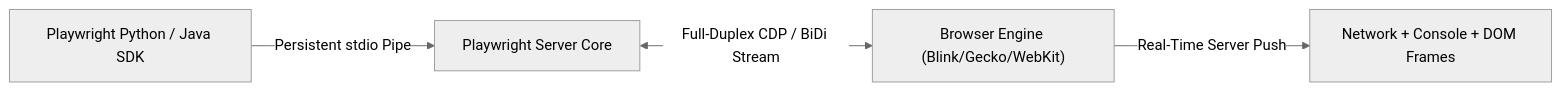
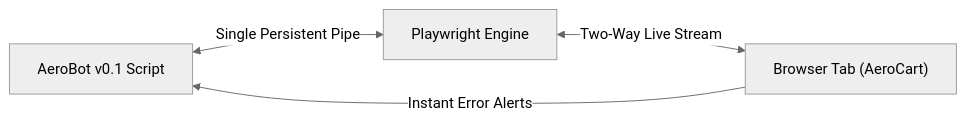
The diagram in knowledgebase/03-ui-automation-playwright/01-webdriver-http-vs-cdp-and-bidi-pipes.md (manjunathk833/codingforinterviews), drawn with Mermaid (neutral theme) before and after one commit. The commit also changed other lines of this file and 55 other files, not shown here.

````diff
--- a/knowledgebase/03-ui-automation-playwright/01-webdriver-http-vs-cdp-and-bidi-pipes.md
+++ b/knowledgebase/03-ui-automation-playwright/01-webdriver-http-vs-cdp-and-bidi-pipes.md
@@ -75,6 +95,6 @@
 ```mermaid
 flowchart LR
-  SDK["Playwright Python / Java SDK"] -->|Persistent stdio Pipe| Core["Playwright Server Core"]
-  Core <-->|Full-Duplex CDP / BiDi Stream| Blink["Browser Engine (Blink/Gecko/WebKit)"]
-  Blink -->|Real-Time Server Push| Events["Network + Console + DOM Frames"]
+  Test["AeroBot v0.1 Script"] <-->|Single Persistent Pipe| Server["Playwright Engine"]
+  Server <-->|Two-Way Live Stream| Browser["Browser Tab (AeroCart)"]
+  Browser -->|Instant Error Alerts| Test
 ```
````
